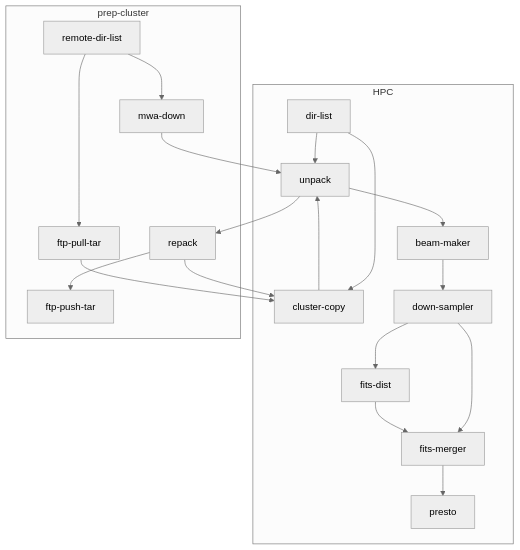
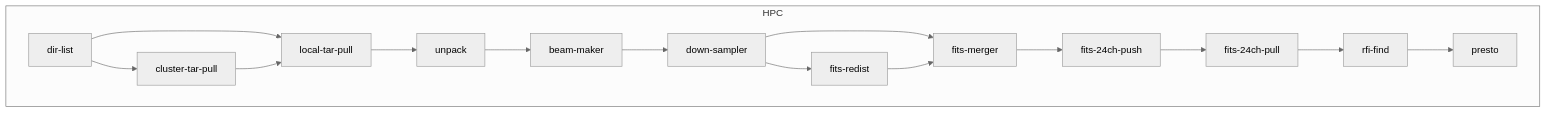
Before and after one commit to kaichao/app-mwa: the fourth of 4 diagrams in README.md, drawn with Mermaid (neutral theme). The commit also changed other lines of this file and 5 other files, not shown here.

Commit message:
Re-adjust the pipeline to cluster-tar-pull, local-tar-pull, and fits-redist.

````diff
--- a/README.md
+++ b/README.md
@@ -249,39 +261,32 @@
 ```mermaid
 
 flowchart TD
-  remote-dir-list --> mwa-down
-  mwa-down --> unpack
-  unpack --> repack
-  repack --> ftp-push-tar
-  repack --> cluster-copy
-  remote-dir-list --> ftp-pull-tar
-  ftp-pull-tar --> cluster-copy
-  dir-list --> cluster-copy
-  dir-list --> unpack
-  cluster-copy --> unpack
+  dir-list --> cluster-tar-pull
+  dir-list --> local-tar-pull
+  cluster-tar-pull --> local-tar-pull
+  local-tar-pull --> unpack
   unpack --> beam-maker
   beam-maker --> down-sampler
-  down-sampler --> fits-dist
+  down-sampler --> fits-redist
   down-sampler --> fits-merger
-  fits-dist --> fits-merger
-  fits-merger --> presto
+  fits-redist --> fits-merger
+  fits-merger --> fits-24ch-push
+  fits-24ch-push --> fits-24ch-pull
+  fits-24ch-pull --> rfi-find
+  rfi-find --> presto
   subgraph HPC
     dir-list
-    cluster-copy
+    cluster-tar-pull
+    local-tar-pull
     unpack
     beam-maker
     down-sampler
-    fits-dist
+    fits-redist
     fits-merger
+    fits-24ch-push
+    fits-24ch-pull
+    rfi-find
     presto
-  end
-  subgraph prep-cluster
-    remote-dir-list
-    ftp-pull-tar
-    mwa-down
-    unpack
-    repack
-    ftp-push-tar
   end
 
 ```
````
